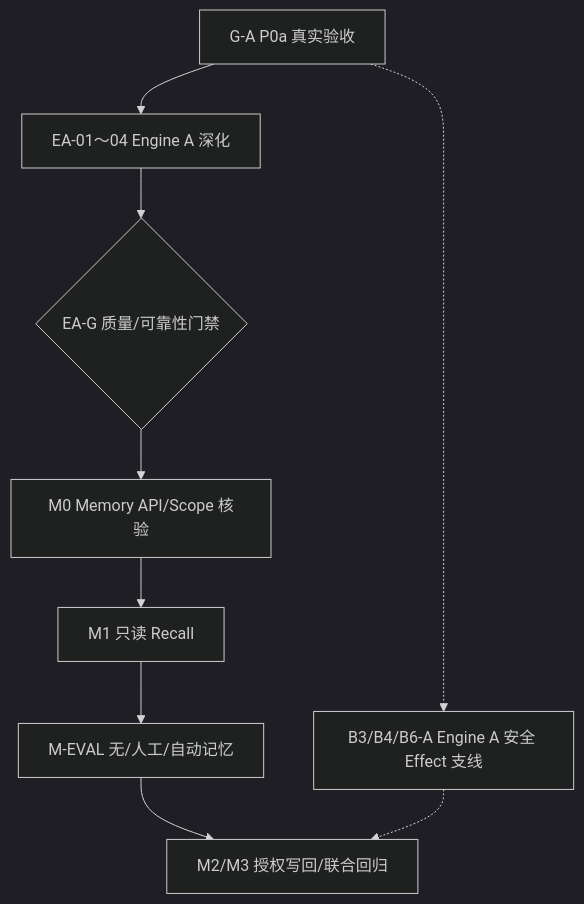
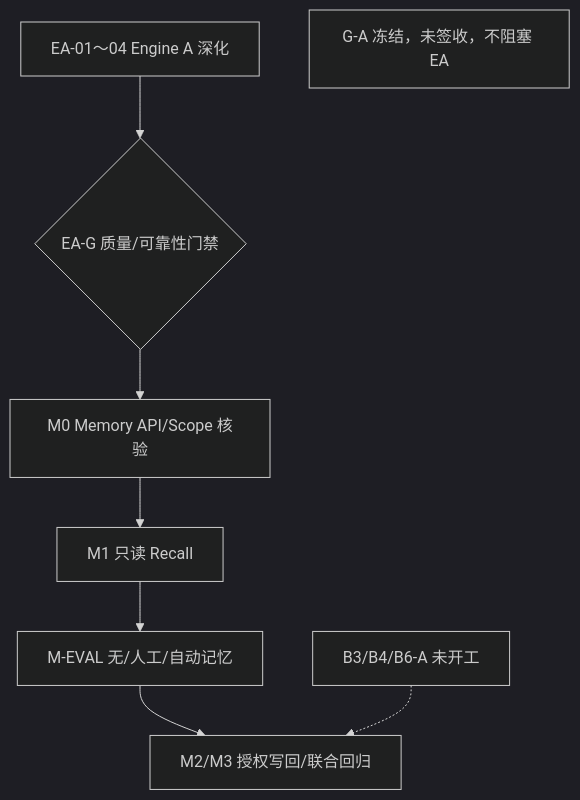
Before and after one commit to SamhandsomeLee/FluxAxiom: the first of 2 diagrams in docs/development/P0阶段执行方案 v1.1.md, drawn with Mermaid (dark theme). The commit also changed other lines of this file and 6 other files, not shown here.

First line of the commit message:
docs(architecture): freeze unsigned G-A ahead of engine work

````diff
--- a/docs/development/P0阶段执行方案 v1.1.md
+++ b/docs/development/P0阶段执行方案 v1.1.md
@@ -80,11 +83,10 @@
 ```mermaid
 flowchart TD
-  G["G-A P0a 真实验收"] --> A["EA-01～04 Engine A 深化"]
-  A --> AG{"EA-G 质量/可靠性门禁"}
+  A["EA-01～04 Engine A 深化"] --> AG{"EA-G 质量/可靠性门禁"}
   AG --> M0["M0 Memory API/Scope 核验"]
   M0 --> M1["M1 只读 Recall"]
   M1 --> EV["M-EVAL 无/人工/自动记忆"]
   EV --> W["M2/M3 授权写回/联合回归"]
-  G -.-> B["B3/B4/B6-A Engine A 安全 Effect 支线"]
-  B -.-> W
+  G["G-A 冻结，未签收，不阻塞 EA"]
+  B["B3/B4/B6-A 未开工"] -.-> W
 ```
````
